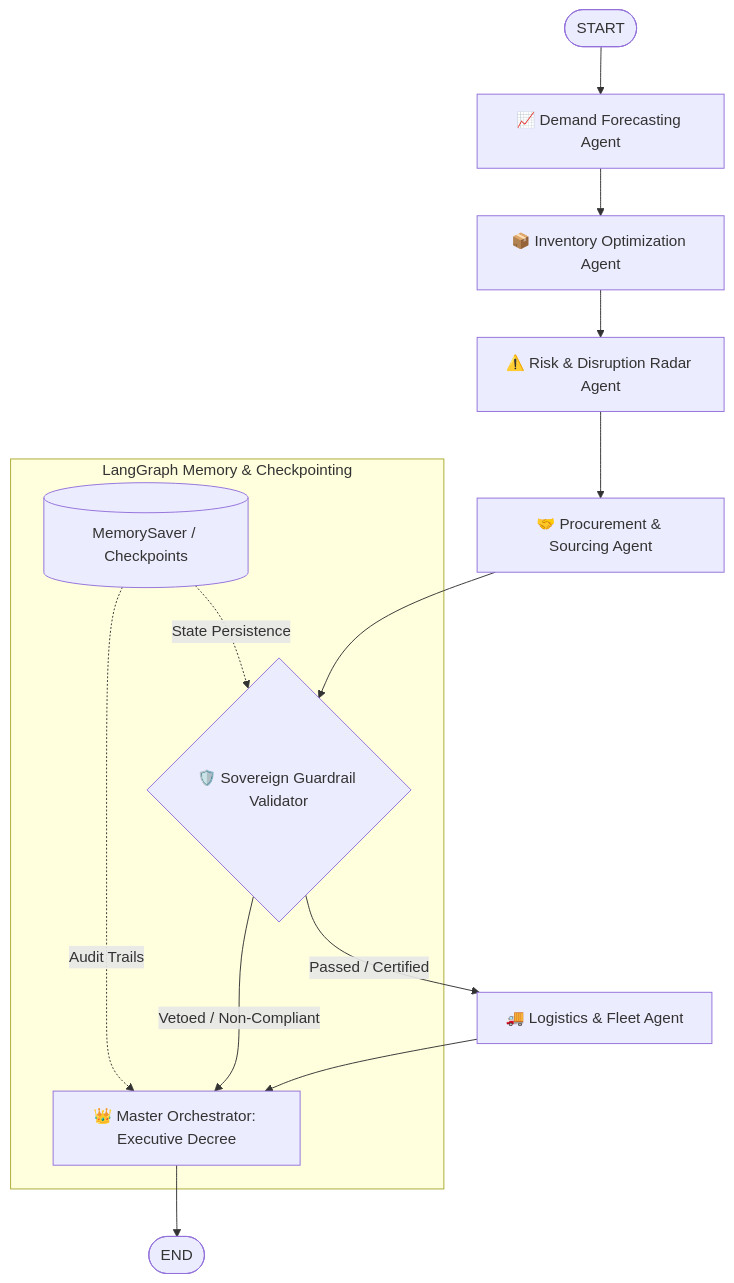
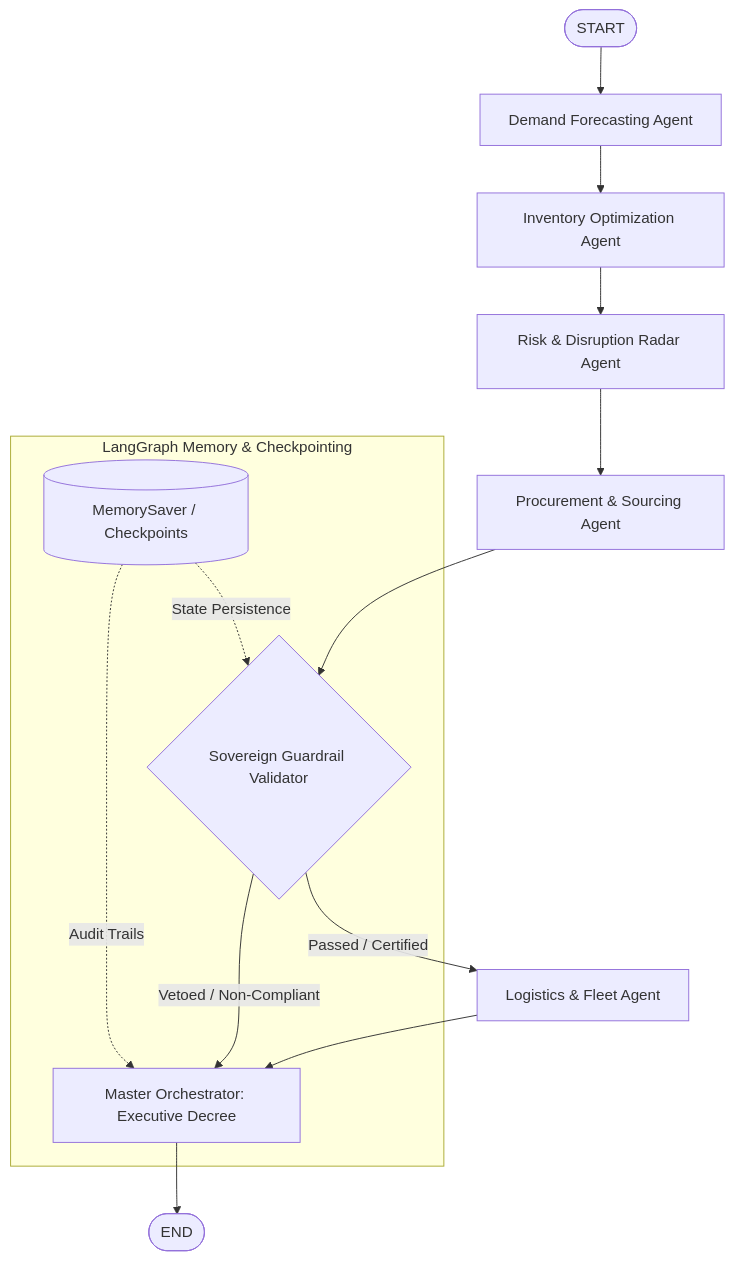
Before and after one commit to Youssef-Laaroussi/multi-agent-supply-chain-system: the diagram in README.md, drawn with Mermaid. The commit also changed other lines of this file, not shown here.

Commit message:
docs: remove emojis from architecture heading and flowchart in README

````diff
--- a/README.md
+++ b/README.md
@@ -19,19 +19,19 @@
 ```mermaid
 flowchart TD
-    START([START]) --> DA[📈 Demand Forecasting Agent]
-    DA --> IA[📦 Inventory Optimization Agent]
-    IA --> RA[⚠️ Risk & Disruption Radar Agent]
-    RA --> PA[🤝 Procurement & Sourcing Agent]
-    PA --> GV{🛡️ Sovereign Guardrail Validator}
+    START([START]) --> DA[Demand Forecasting Agent]
+    DA --> IA[Inventory Optimization Agent]
+    IA --> RA[Risk & Disruption Radar Agent]
+    RA --> PA[Procurement & Sourcing Agent]
+    PA --> GV{Sovereign Guardrail Validator}
     
-    GV -- Passed / Certified --> LA[🚚 Logistics & Fleet Agent]
-    GV -- Vetoed / Non-Compliant --> MO[👑 Master Orchestrator: Emergency Halt]
+    GV -- Passed / Certified --> LA[Logistics & Fleet Agent]
+    GV -- Vetoed / Non-Compliant --> MO[Master Orchestrator: Emergency Halt]
     
-    LA --> MO[👑 Master Orchestrator: Executive Decree]
+    LA --> MO[Master Orchestrator: Executive Decree]
     MO --> END_NODE([END])
 
     subgraph LangGraph Memory & Checkpointing
         MEM[(MemorySaver / Checkpoints)] -. State Persistence .-> GV
         MEM -. Audit Trails .-> MO
     end
 ```
````
